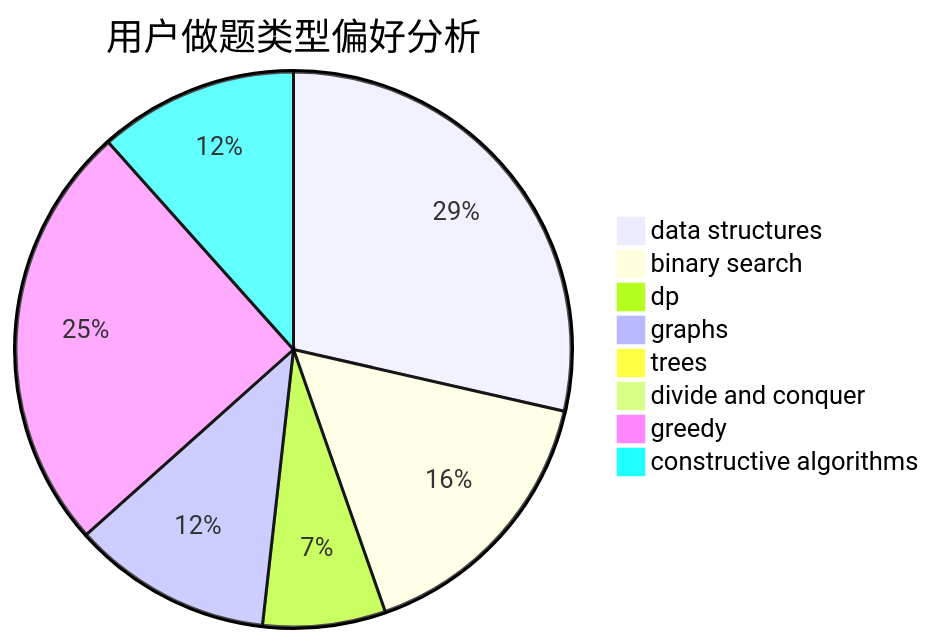
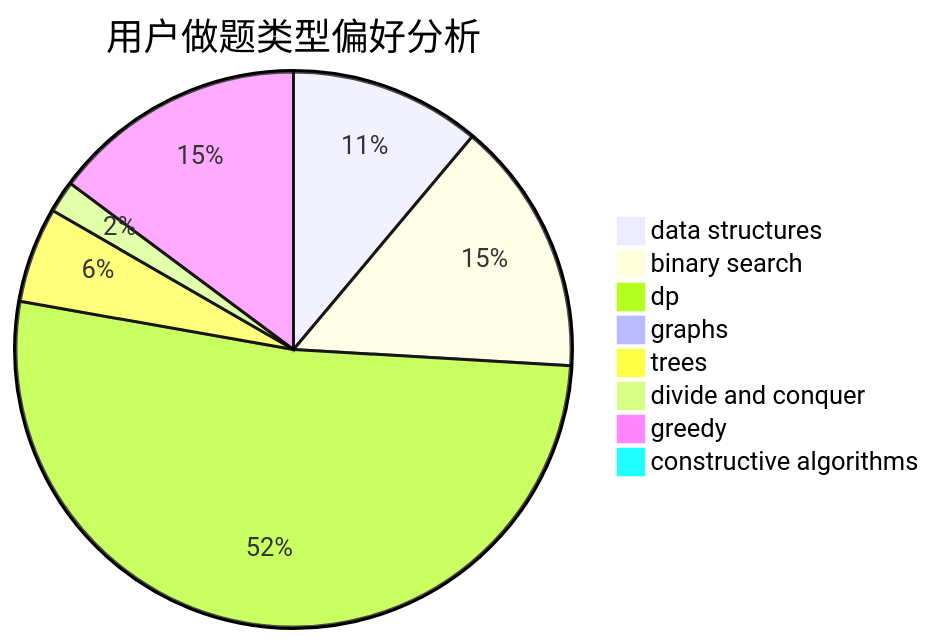
Before and after one commit to sherpahu/cfrs.github.io: the second of 3 diagrams in docs/user/u627.md, drawn with Mermaid. The commit also changed other lines of this file and 2770 other files, not shown here.

````diff
--- a/docs/user/u627.md
+++ b/docs/user/u627.md
@@ -23,11 +23,11 @@
 ```mermaid
 pie title 用户做题类型偏好分析
-    "data structures" :  32
-    "binary search" :  18
-    "dp" :  8
-    "graphs" :  13
-    "trees" :  0
-    "divide and conquer" :  0
-    "greedy" :  28
-    "constructive algorithms" :  13
+    "data structures" :  6
+    "binary search" :  8
+    "dp" :  28
+    "graphs" :  0
+    "trees" :  3
+    "divide and conquer" :  1
+    "greedy" :  8
+    "constructive algorithms" :  0
 ```
````
